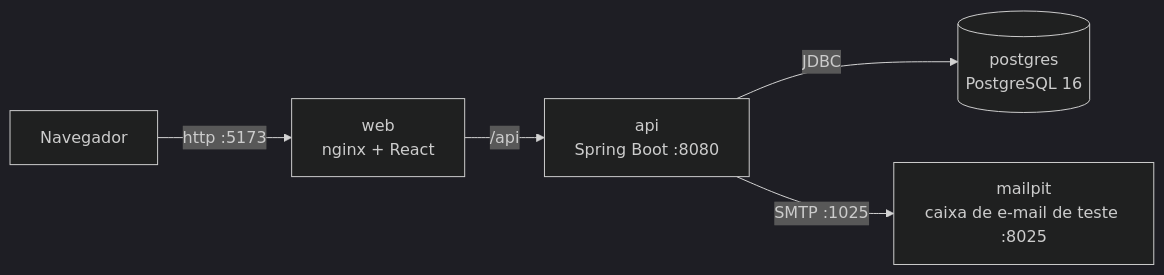
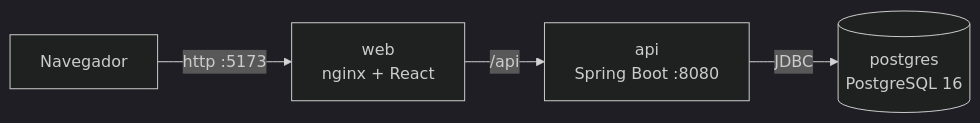
The first of 2 diagrams in README.md (yandramorais/portal-assistido-dpe), drawn with Mermaid (dark theme) before and after one commit. The commit also changed other lines of this file, not shown here.

````diff
--- a/README.md
+++ b/README.md
@@ -107,7 +105,6 @@
 ```mermaid
 flowchart LR
     navegador[Navegador] -->|http :5173| web["web<br/>nginx + React"]
     web -->|/api| api["api<br/>Spring Boot :8080"]
     api -->|JDBC| postgres[("postgres<br/>PostgreSQL 16")]
-    api -->|SMTP :1025| mailpit["mailpit<br/>caixa de e-mail de teste :8025"]
 ```
````
